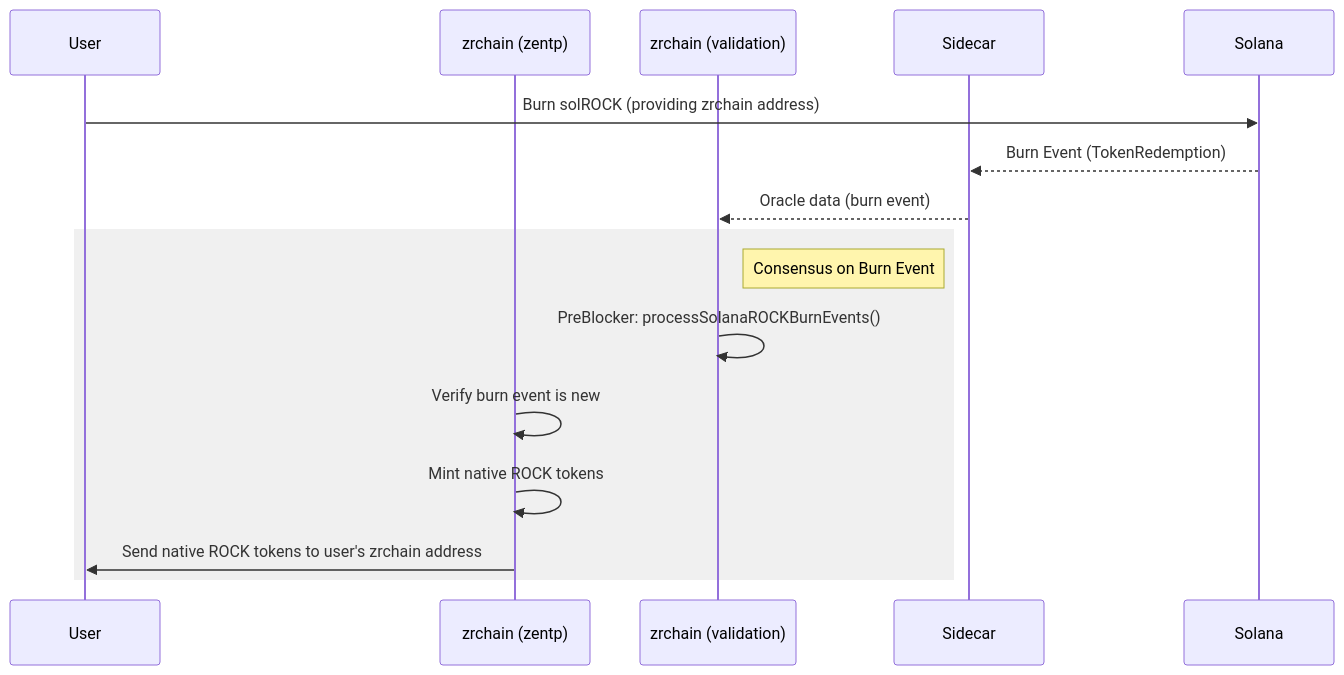
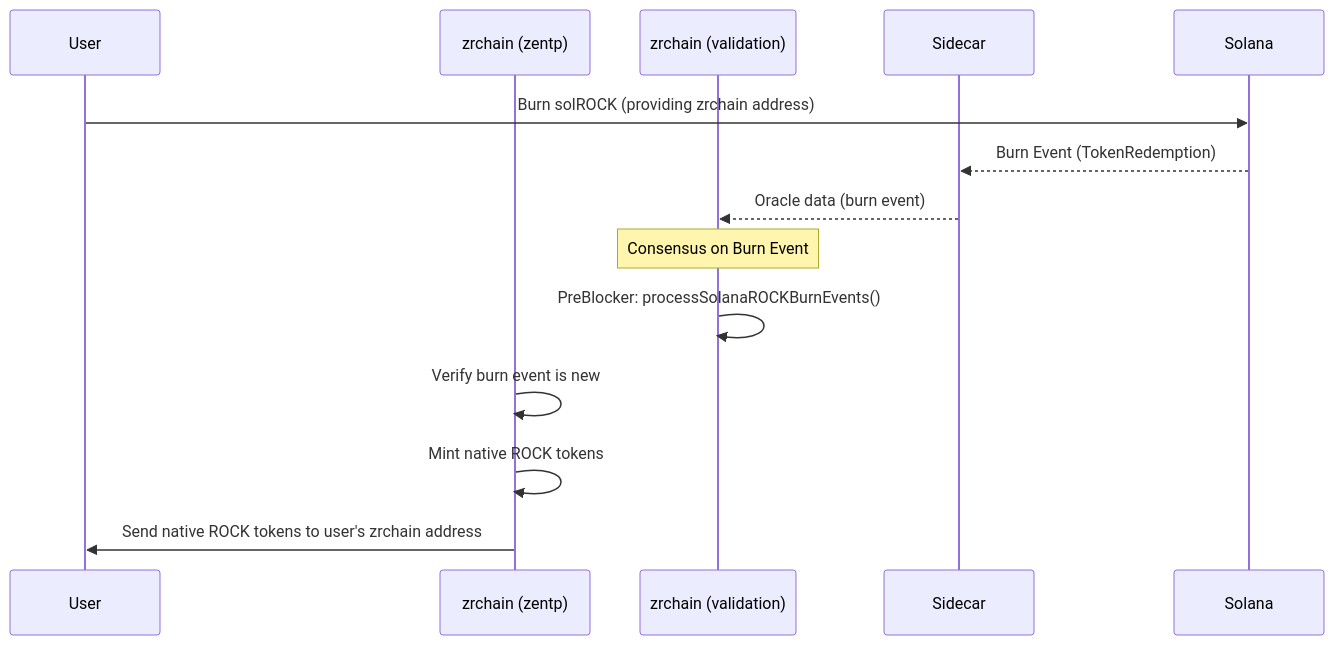
The fourth of 4 diagrams in docs/README.md (zenrocklabs/zrchain), drawn with Mermaid before and after one commit. The commit also changed other lines of this file, not shown here.

````diff
--- a/docs/README.md
+++ b/docs/README.md
@@ -174,20 +158,18 @@
 ```mermaid
 sequenceDiagram
     participant User
     participant zrchain as zrchain (zentp)
     participant zrchain_val as zrchain (validation)
     participant Sidecar
     participant Solana
 
     User->>Solana: Burn solROCK (providing zrchain address)
     Solana-->>Sidecar: Burn Event (TokenRedemption)
     Sidecar-->>zrchain_val: Oracle data (burn event)
 
-    rect rgb(240, 240, 240)
-    Note right of zrchain_val: Consensus on Burn Event
+    Note over zrchain_val: Consensus on Burn Event
     zrchain_val->>zrchain_val: PreBlocker: processSolanaROCKBurnEvents()
     zrchain->>zrchain: Verify burn event is new
     zrchain->>zrchain: Mint native ROCK tokens
     zrchain->>User: Send native ROCK tokens to user's zrchain address
-    end
 ```
````
